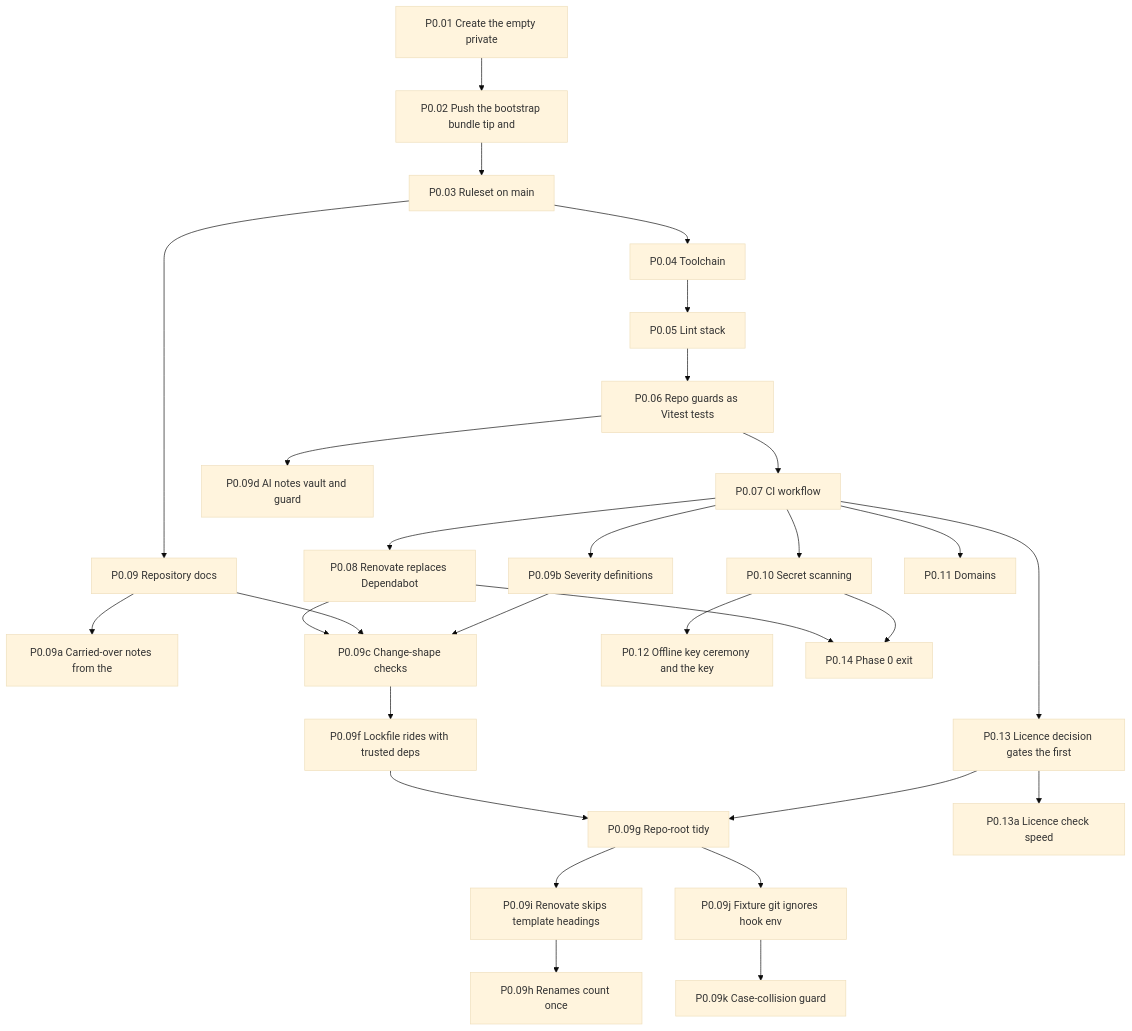
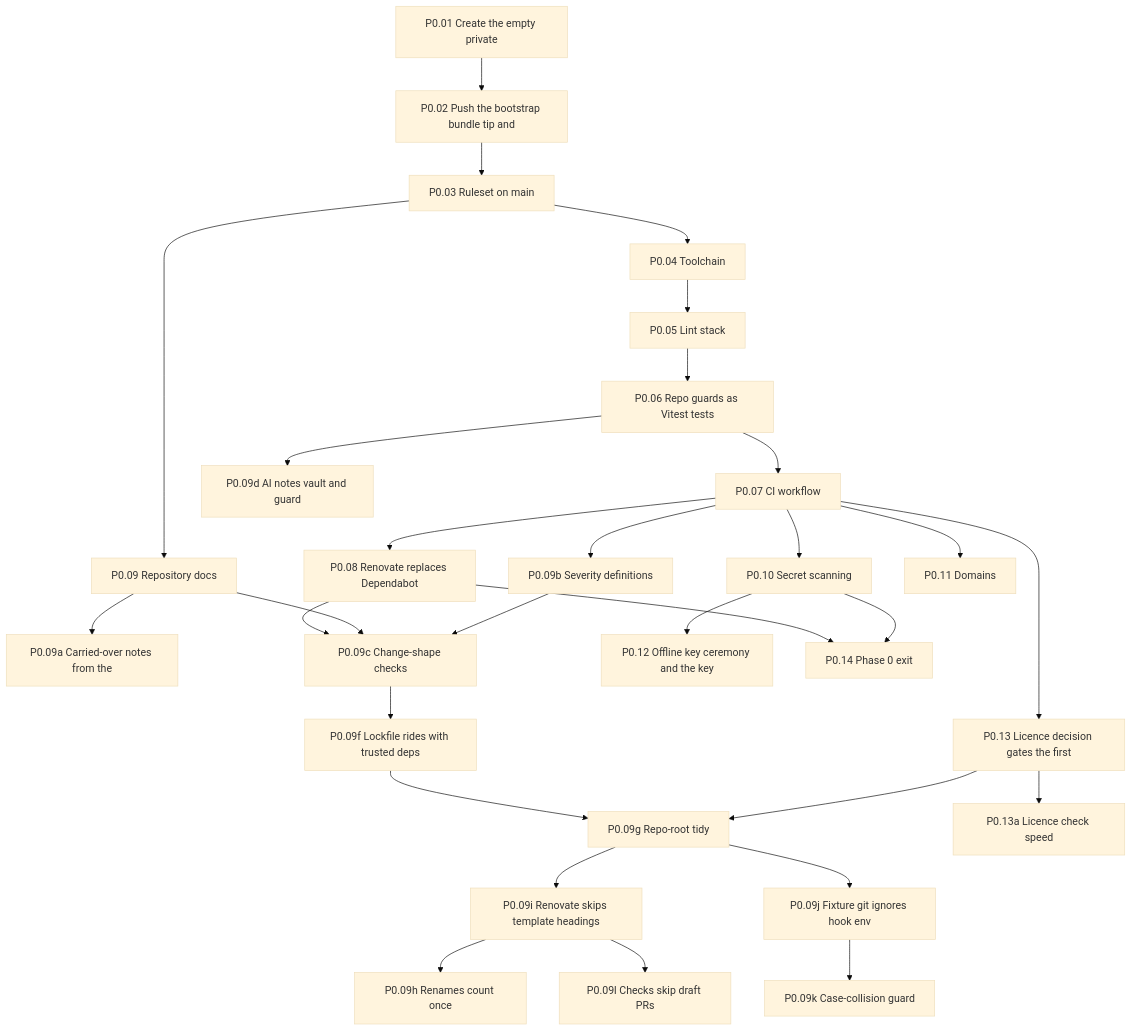
One commit to Undefined6799/unset changed the first of 11 diagrams in docs/ai/book/01-outline.md. Above: the diagram before and after it, drawn with Mermaid (base theme). The commit also changed other lines of this file and 5 other files, not shown here.

````diff
--- a/docs/ai/book/01-outline.md
+++ b/docs/ai/book/01-outline.md
@@ -56,56 +57,58 @@
 ```mermaid
 flowchart TD
   P0_01["P0.01 Create the empty private"]
   P0_02["P0.02 Push the bootstrap bundle tip and"]
   P0_03["P0.03 Ruleset on main"]
   P0_04["P0.04 Toolchain"]
   P0_05["P0.05 Lint stack"]
   P0_06["P0.06 Repo guards as Vitest tests"]
   P0_07["P0.07 CI workflow"]
   P0_08["P0.08 Renovate replaces Dependabot"]
   P0_09["P0.09 Repository docs"]
   P0_09a["P0.09a Carried-over notes from the"]
   P0_09b["P0.09b Severity definitions"]
   P0_09c["P0.09c Change-shape checks"]
   P0_09d["P0.09d AI notes vault and guard"]
   P0_09f["P0.09f Lockfile rides with trusted deps"]
   P0_09g["P0.09g Repo-root tidy"]
   P0_09h["P0.09h Renames count once"]
   P0_09i["P0.09i Renovate skips template headings"]
+  P0_09l["P0.09l Checks skip draft PRs"]
   P0_09j["P0.09j Fixture git ignores hook env"]
   P0_09k["P0.09k Case-collision guard"]
   P0_10["P0.10 Secret scanning"]
   P0_11["P0.11 Domains"]
   P0_12["P0.12 Offline key ceremony and the key"]
   P0_13["P0.13 Licence decision gates the first"]
   P0_13a["P0.13a Licence check speed"]
   P0_14["P0.14 Phase 0 exit"]
   P0_01 --> P0_02
   P0_02 --> P0_03
   P0_03 --> P0_04
   P0_04 --> P0_05
   P0_05 --> P0_06
   P0_06 --> P0_07
   P0_07 --> P0_08
   P0_03 --> P0_09
   P0_09 --> P0_09a
   P0_07 --> P0_09b
   P0_08 --> P0_09c
   P0_09 --> P0_09c
   P0_09b --> P0_09c
   P0_06 --> P0_09d
   P0_09c --> P0_09f
   P0_09f --> P0_09g
   P0_13 --> P0_09g
   P0_09g --> P0_09i
   P0_09g --> P0_09j
   P0_09i --> P0_09h
   P0_09j --> P0_09k
+  P0_09i --> P0_09l
   P0_07 --> P0_10
   P0_07 --> P0_11
   P0_10 --> P0_12
   P0_07 --> P0_13
   P0_13 --> P0_13a
   P0_08 --> P0_14
   P0_10 --> P0_14
 ```
````
